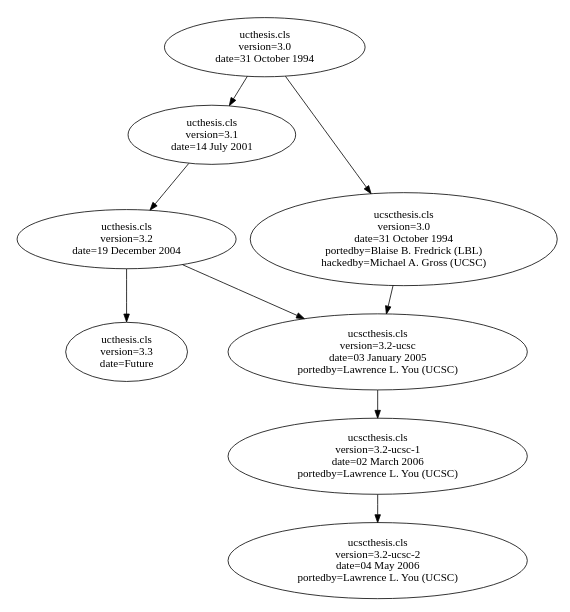
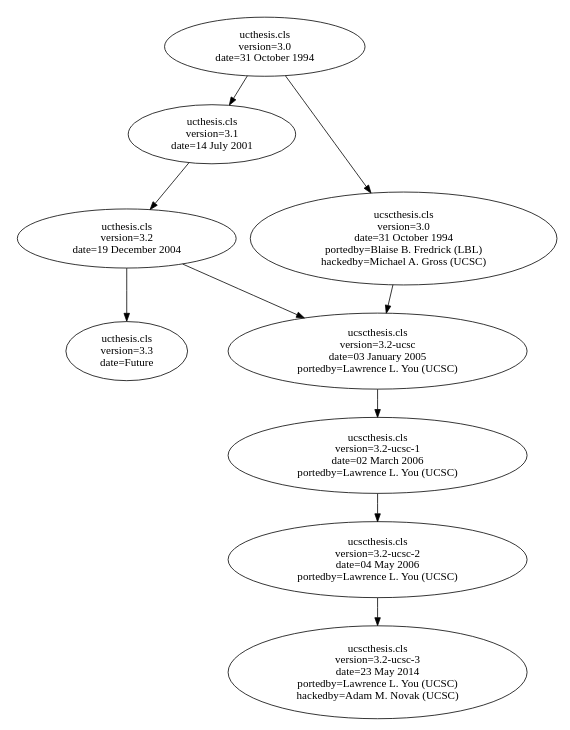
The diagram in history.dot (adamnovak/ucscthesis), drawn with Graphviz before and after one commit. The commit also changed 3 other files, not shown here.

Commit message:
Making a version 3.2-ucsc-3 that can format proposals

```diff
--- a/history.dot
+++ b/history.dot
@@ -1,33 +1,36 @@
 // dot file for generating graphs using a tool like graphviz
 //
 // 2005-01-03  History of the ucscthesis.cls (3.2-ucsc)
 // 2006-03-02  Fixed history, added the latest iteration (3.2-ucsc-1)
 // 2006-05-04  Fixed history, added the latest iteration (3.2-ucsc-2), added page size
+// 2014-05-23  Added new node for Git repo version (3.2-ucsc-3)
 //
 
 digraph "ucscthesis.cls"
 	{
 		size="4.0,6.0";
 
 		// UC (Berkeley, semesters)
 		ucthesis30 [label="ucthesis.cls\nversion=3.0\ndate=31 October 1994"];
 		ucthesis31 [label="ucthesis.cls\nversion=3.1\ndate=14 July 2001"];
 		ucthesis32 [label="ucthesis.cls\nversion=3.2\ndate=19 December 2004"];
 		ucthesis33 [label="ucthesis.cls\nversion=3.3\ndate=Future"];
 
 		// UCSC (Santa Cruz, quarters, wider margins)
 		ucscthesis30 [label="ucscthesis.cls\nversion=3.0\ndate=31 October 1994\nportedby=Blaise B. Fredrick (LBL)\nhackedby=Michael A. Gross (UCSC)"];
 		ucscthesis32 [label="ucscthesis.cls\nversion=3.2-ucsc\ndate=03 January 2005\nportedby=Lawrence L. You (UCSC)"];
 		ucscthesis321 [label="ucscthesis.cls\nversion=3.2-ucsc-1\ndate=02 March 2006\nportedby=Lawrence L. You (UCSC)"];
 		// Restored copyright notice to conform with Grad Div guidelines
 		ucscthesis322 [label="ucscthesis.cls\nversion=3.2-ucsc-2\ndate=04 May 2006\nportedby=Lawrence L. You (UCSC)"];
+		ucscthesis323 [label="ucscthesis.cls\nversion=3.2-ucsc-3\ndate=23 May 2014\nportedby=Lawrence L. You (UCSC)\nhackedby=Adam M. Novak (UCSC)"];
 
 		ucthesis30 -> ucscthesis30;
 		ucthesis30 -> ucthesis31;
 		ucthesis31 -> ucthesis32;
 		ucscthesis30 -> ucscthesis32;
 		ucthesis32 -> ucscthesis32;
 		ucthesis32 -> ucthesis33;
 		ucscthesis32 -> ucscthesis321;
 		ucscthesis321 -> ucscthesis322;
+		ucscthesis322 -> ucscthesis323;
 	}
```
